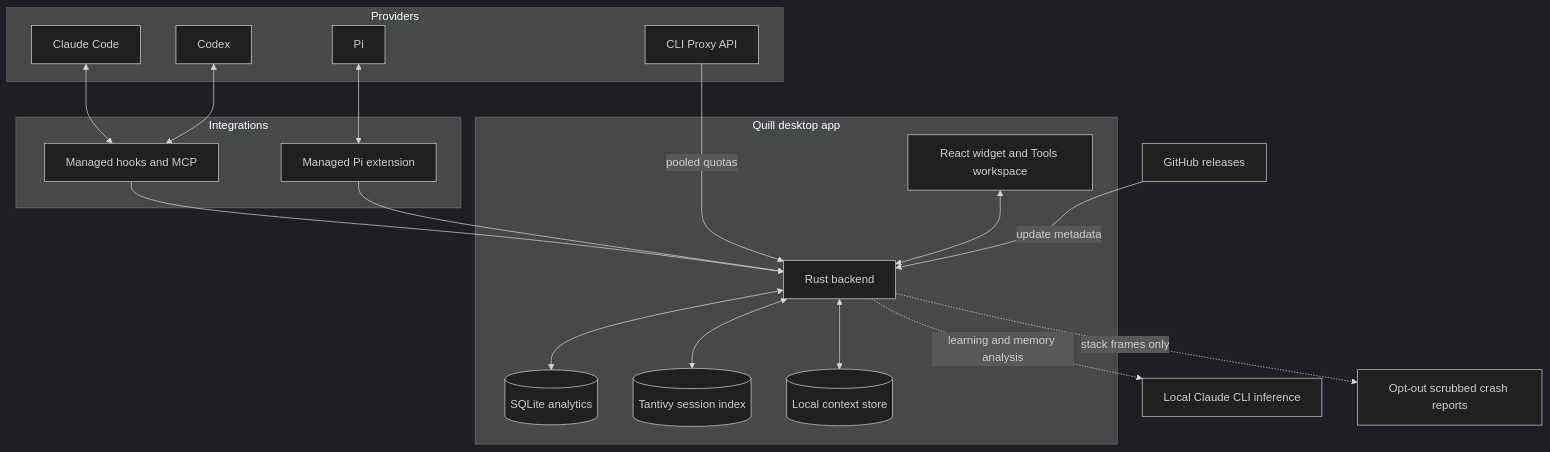
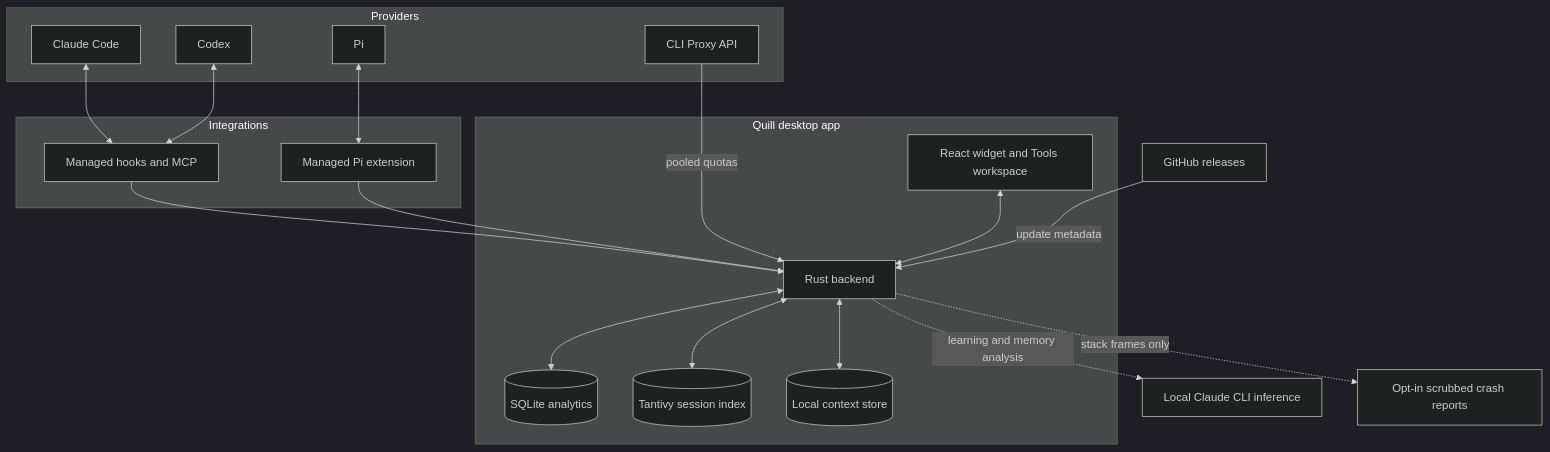
One commit to sharaf-nassar/quill changed the diagram in README.md. Above: the diagram before and after it, drawn with Mermaid (dark theme). The commit also changed other lines of this file and 9 other files, not shown here.

````diff
--- a/README.md
+++ b/README.md
@@ -80,41 +80,41 @@
 ```mermaid
 graph TB
     subgraph Providers
         CC[Claude Code]
         CX[Codex]
         PI[Pi]
         CPA[CLI Proxy API]
     end
 
     subgraph Integrations
         HM[Managed hooks and MCP]
         PE[Managed Pi extension]
     end
 
     subgraph Quill[Quill desktop app]
         FE[React widget and Tools workspace]
         BE[Rust backend]
         DB[(SQLite analytics)]
         FTS[(Tantivy session index)]
         CTX[(Local context store)]
     end
 
     CLI[Local Claude CLI inference]
     GH[GitHub releases]
-    SENTRY[Opt-out scrubbed crash reports]
+    SENTRY[Opt-in scrubbed crash reports]
 
     CC <--> HM
     CX <--> HM
     PI <--> PE
     HM --> BE
     PE --> BE
     CPA -- pooled quotas --> BE
 
     FE <--> BE
     BE <--> DB
     BE <--> FTS
     BE <--> CTX
     BE -. learning and memory analysis .-> CLI
     GH -- update metadata --> BE
     BE -. stack frames only .-> SENTRY
 ```
````
